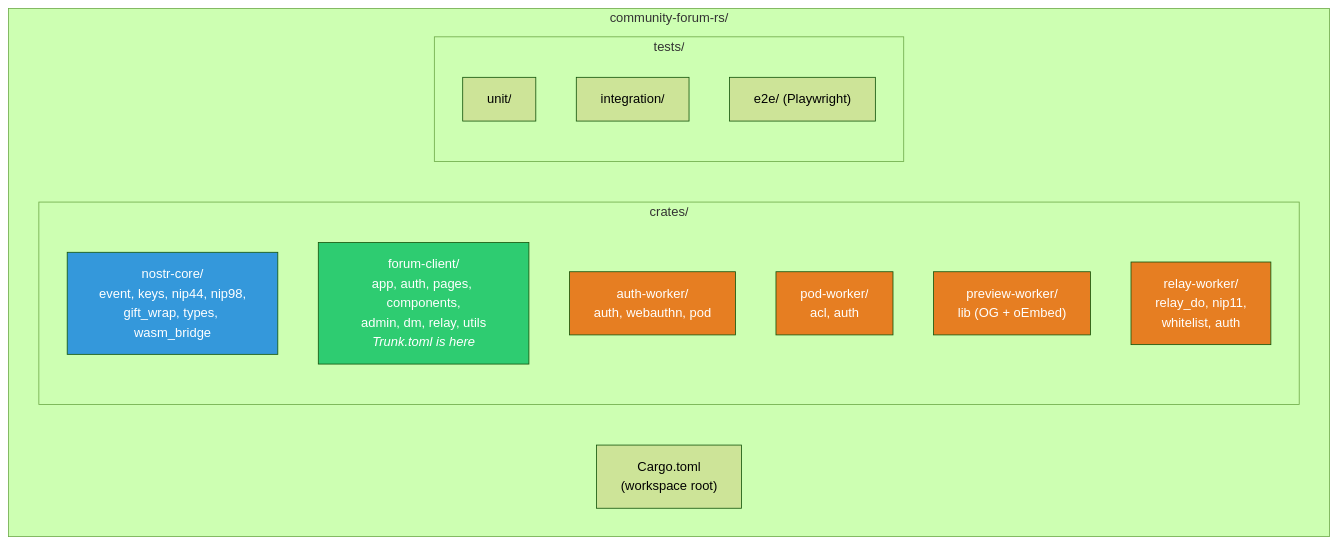
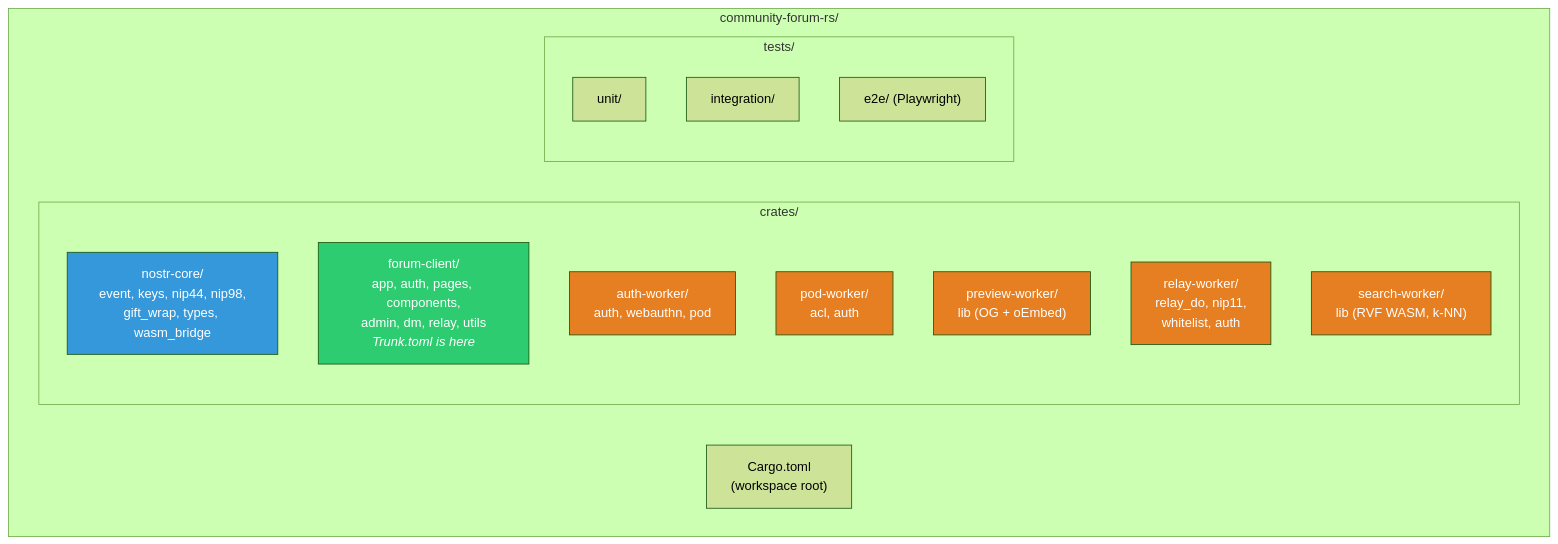
One commit to DreamLab-AI/dreamlab-ai-website changed the second of 2 diagrams in docs/developer/GETTING_STARTED.md. Above: the diagram before and after it, drawn with Mermaid (forest theme). The commit also changed other lines of this file and 32 other files, not shown here.

````diff
--- a/docs/developer/GETTING_STARTED.md
+++ b/docs/developer/GETTING_STARTED.md
@@ -138,28 +136,30 @@
 ```mermaid
 graph TD
     subgraph "community-forum-rs/"
         CARGO["Cargo.toml<br/>(workspace root)"]
 
         subgraph "crates/"
             NC["nostr-core/<br/>event, keys, nip44, nip98,<br/>gift_wrap, types, wasm_bridge"]
             FC["forum-client/<br/>app, auth, pages, components,<br/>admin, dm, relay, utils<br/><em>Trunk.toml is here</em>"]
             AW["auth-worker/<br/>auth, webauthn, pod"]
             PW["pod-worker/<br/>acl, auth"]
             PV["preview-worker/<br/>lib (OG + oEmbed)"]
             RW["relay-worker/<br/>relay_do, nip11,<br/>whitelist, auth"]
+            SW["search-worker/<br/>lib (RVF WASM, k-NN)"]
         end
 
         subgraph "tests/"
             UT["unit/"]
             IT["integration/"]
             E2E["e2e/ (Playwright)"]
         end
     end
 
     style NC fill:#3498db,color:#fff
     style FC fill:#2ecc71,color:#fff
     style AW fill:#e67e22,color:#fff
     style PW fill:#e67e22,color:#fff
     style PV fill:#e67e22,color:#fff
     style RW fill:#e67e22,color:#fff
+    style SW fill:#e67e22,color:#fff
 ```
````
